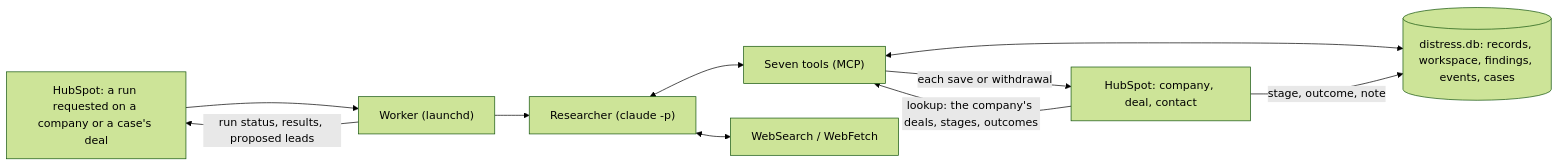
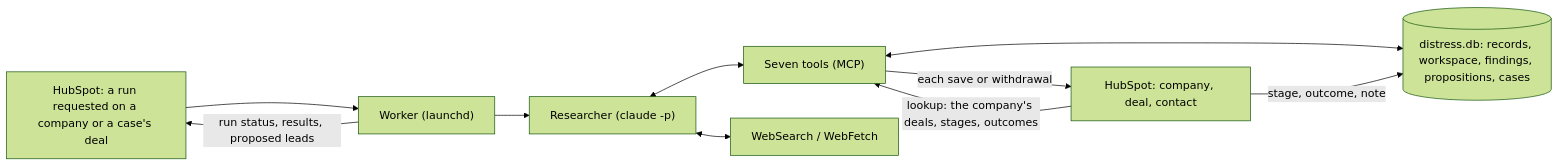
Before and after one commit to owassmer/distress-signals: the diagram in SPEC.md, drawn with Mermaid (forest theme). The commit also changed other lines of this file and 13 other files, not shown here.

````diff
--- a/SPEC.md
+++ b/SPEC.md
@@ -36,12 +36,12 @@
 ```mermaid
 flowchart LR
     H["HubSpot: a run requested on a company or a case's deal"] --> W["Worker (launchd)"]
     W --> R["Researcher (claude -p)"]
     R <--> T["Seven tools (MCP)"]
     R <--> X["WebSearch / WebFetch"]
-    T <--> S[("distress.db: records, workspace, findings, events, cases")]
+    T <--> S[("distress.db: records, workspace, findings, propositions, cases")]
     T -->|"each save or withdrawal"| D["HubSpot: company, deal, contact"]
     D -->|"lookup: the company's deals, stages, outcomes"| T
     W -->|"run status, results, proposed leads"| H
     D -->|"stage, outcome, note"| S
 ```
````
